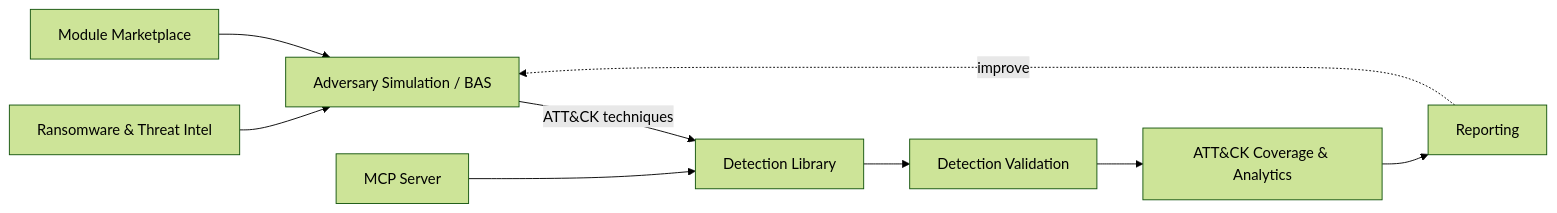
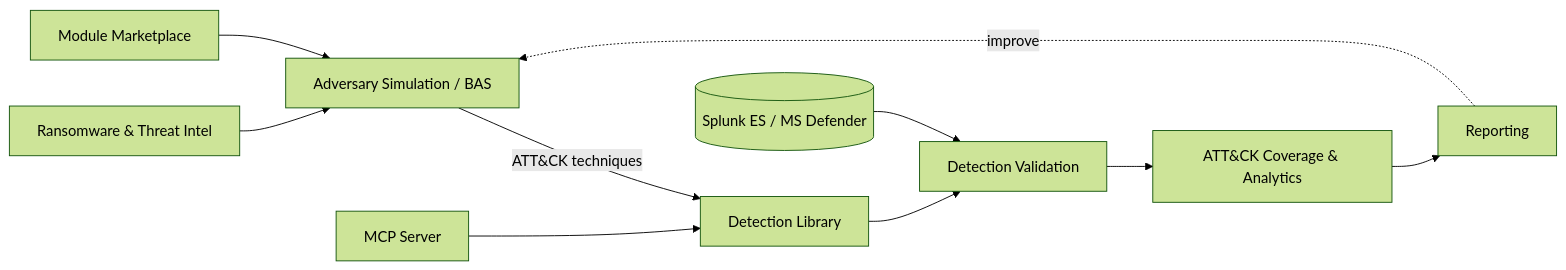
The diagram in README.md (offsec-ttps/DetectOps-Platform), drawn with Mermaid (forest theme) before and after one commit. The commit also changed other lines of this file and 2 other files, not shown here.

First line of the commit message:
docs: professional README with framework diagram, install, docs & architecture

````diff
--- a/README.md
+++ b/README.md
@@ -144,11 +234,12 @@
 ```mermaid
 graph LR
     A[Adversary Simulation / BAS] -->|ATT&CK techniques| B[Detection Library]
     B --> C[Detection Validation]
     C --> D[ATT&CK Coverage & Analytics]
     D --> E[Reporting]
     E -.improve.-> A
     TI[Ransomware & Threat Intel] --> A
     MP[Module Marketplace] --> A
     MCP[MCP Server] --> B
+    SIEM[(Splunk ES / MS Defender)] --> C
 ```
````
